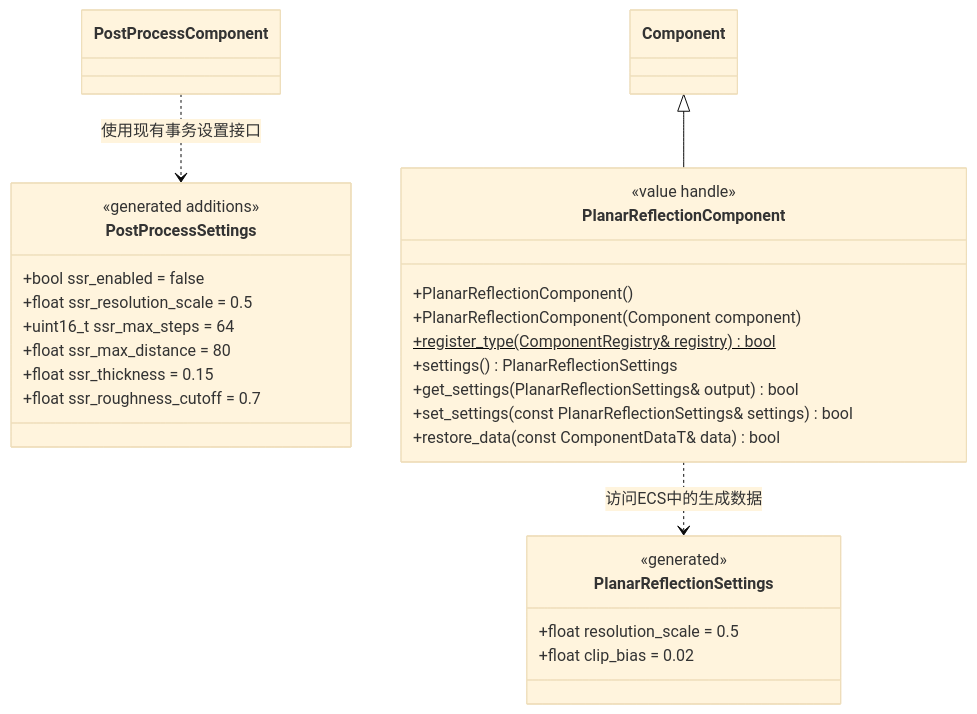
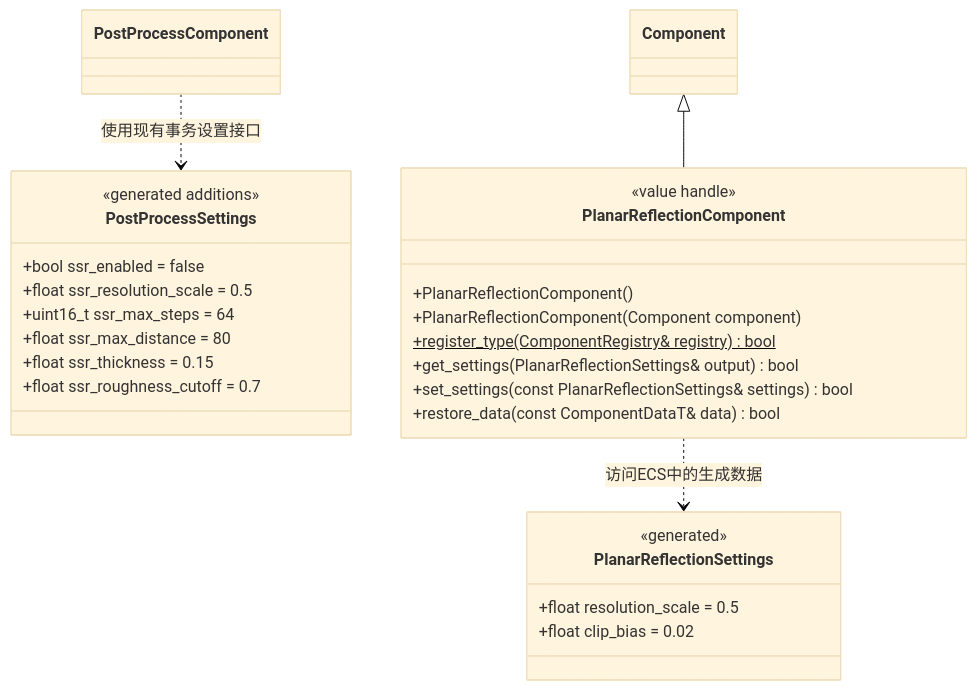
One commit to lcals/Engine changed the third of 6 diagrams in docs/runtime/class-diagrams/forward-lighting-reflections.md. Above: the diagram before and after it, drawn with Mermaid (base theme). The commit also changed other lines of this file and 244 other files, not shown here.

````diff
--- a/docs/runtime/class-diagrams/forward-lighting-reflections.md
+++ b/docs/runtime/class-diagrams/forward-lighting-reflections.md
@@ -82,32 +82,32 @@
 ```mermaid
 classDiagram
     class PostProcessSettings {
         <<generated additions>>
         +bool ssr_enabled = false
         +float ssr_resolution_scale = 0.5
         +uint16_t ssr_max_steps = 64
         +float ssr_max_distance = 80
         +float ssr_thickness = 0.15
         +float ssr_roughness_cutoff = 0.7
     }
     class PostProcessComponent
     class Component
     class PlanarReflectionComponent {
         <<value handle>>
         +PlanarReflectionComponent()
         +PlanarReflectionComponent(Component component)
         +register_type(ComponentRegistry& registry) bool$
-        +settings() PlanarReflectionSettings
+
         +get_settings(PlanarReflectionSettings& output) bool
         +set_settings(const PlanarReflectionSettings& settings) bool
         +restore_data(const ComponentDataT& data) bool
     }
     class PlanarReflectionSettings {
         <<generated>>
         +float resolution_scale = 0.5
         +float clip_bias = 0.02
     }
     Component <|-- PlanarReflectionComponent
     PlanarReflectionComponent ..> PlanarReflectionSettings : 访问ECS中的生成数据
     PostProcessComponent ..> PostProcessSettings : 使用现有事务设置接口
 ```
````
